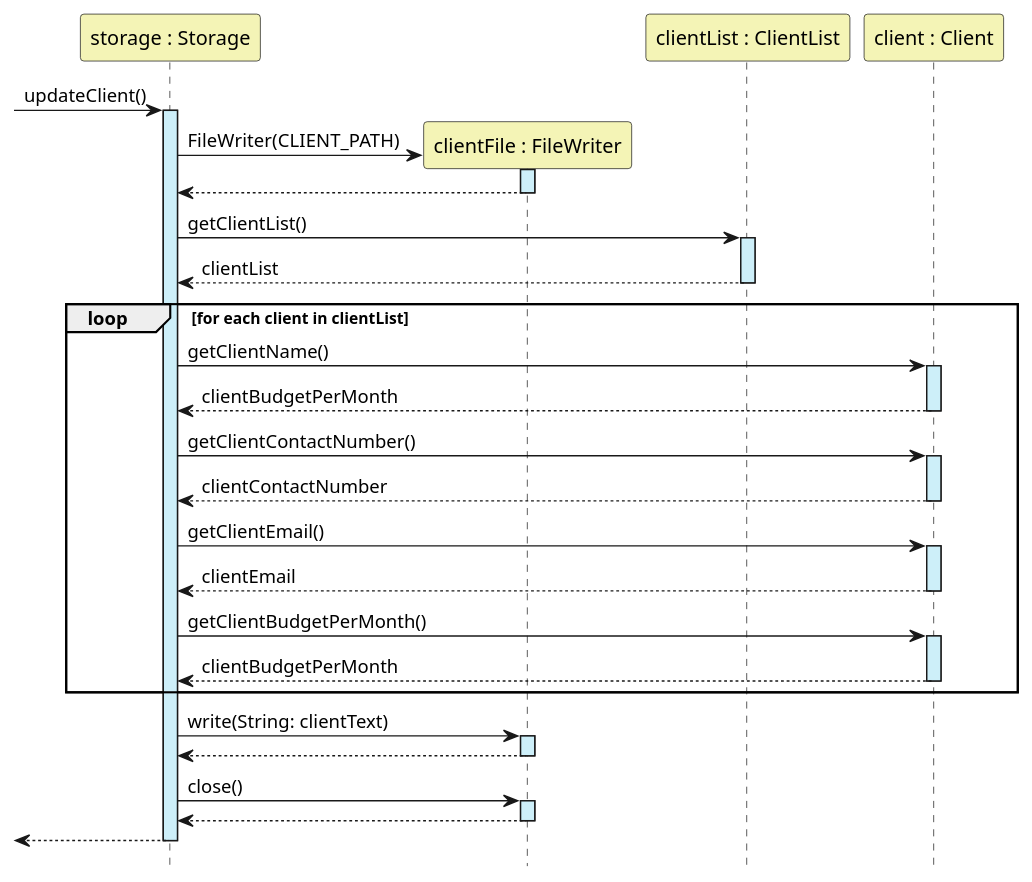
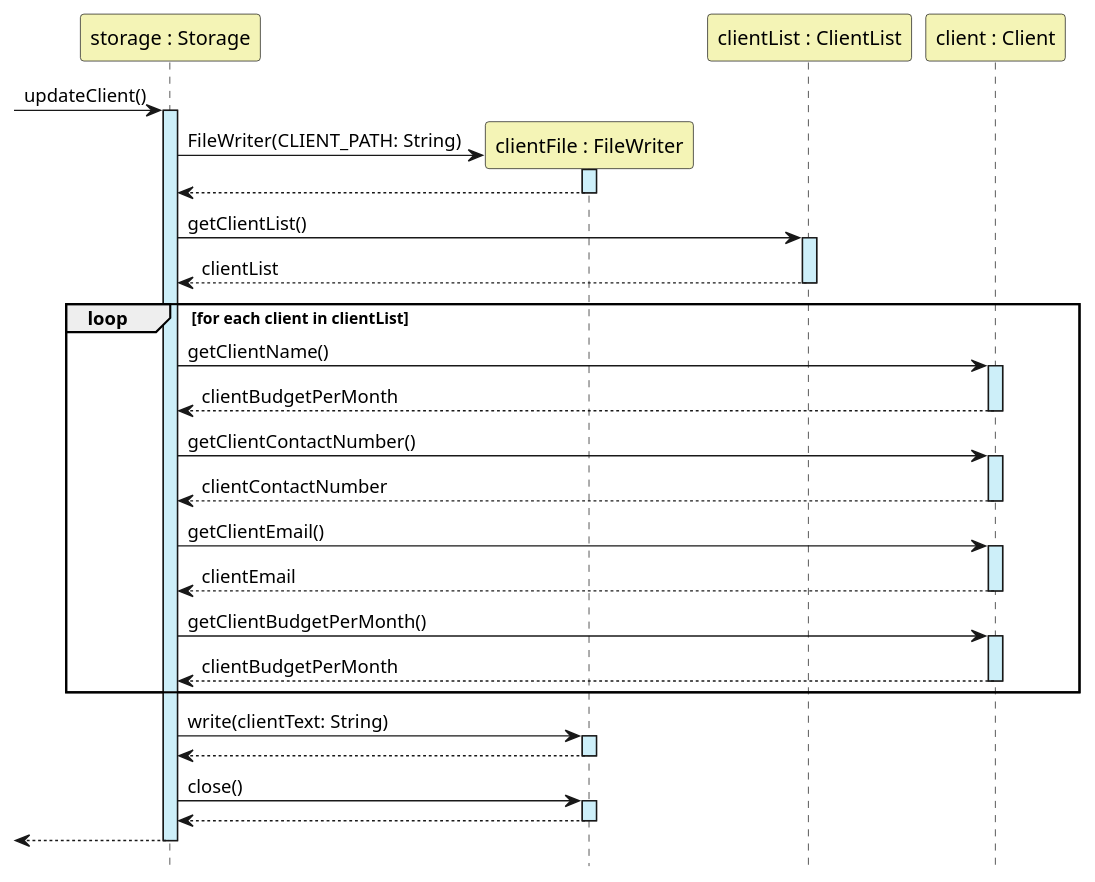
One commit to nus-cs2113-AY2223S1/tp changed the diagram in docs/diagrams/PlantUML File/StorageUpdateClientSequenceDiagram.puml. Above: the diagram before and after it, drawn with PlantUML. The commit also changed 16 other files, not shown here.

Commit message:
Update Developer Guide with Find feature and fix incorrect UML diagram

```diff
--- a/docs/diagrams/PlantUML File/StorageUpdateClientSequenceDiagram.puml
+++ b/docs/diagrams/PlantUML File/StorageUpdateClientSequenceDiagram.puml
@@ -1,48 +1,48 @@
 @startuml
 'https://plantuml.com/sequence-diagram
 hide footbox
 
 Participant "storage : Storage" as Storage #F4F4B6
 Participant "clientFile : FileWriter" as FileWriter #F4F4B6
 Participant "clientList : ClientList" as ClientList #F4F4B6
 Participant "client : Client" as Client #F4F4B6
 
 ->Storage:updateClient()
 activate Storage #CDEFF9
 
 create FileWriter
-Storage -> FileWriter:FileWriter(CLIENT_PATH)
+Storage -> FileWriter:FileWriter(CLIENT_PATH: String)
 activate FileWriter #CDEFF9
 return
 
 Storage->ClientList:getClientList()
 activate ClientList #CDEFF9
 return clientList
 
     loop for each client in clientList
         Storage -> Client:getClientName()
         activate Client #CDEFF9
         return clientBudgetPerMonth
 
         Storage -> Client:getClientContactNumber()
         activate Client #CDEFF9
         return clientContactNumber
 
         Storage -> Client:getClientEmail()
         activate Client #CDEFF9
         return clientEmail
 
         Storage -> Client:getClientBudgetPerMonth()
         activate Client #CDEFF9
         return clientBudgetPerMonth
     end
-Storage -> FileWriter:write(String: clientText)
+Storage -> FileWriter:write(clientText: String)
 activate FileWriter #CDEFF9
 return
 Storage -> FileWriter:close()
 activate FileWriter #CDEFF9
 return
 
 return
 
 @enduml
```
